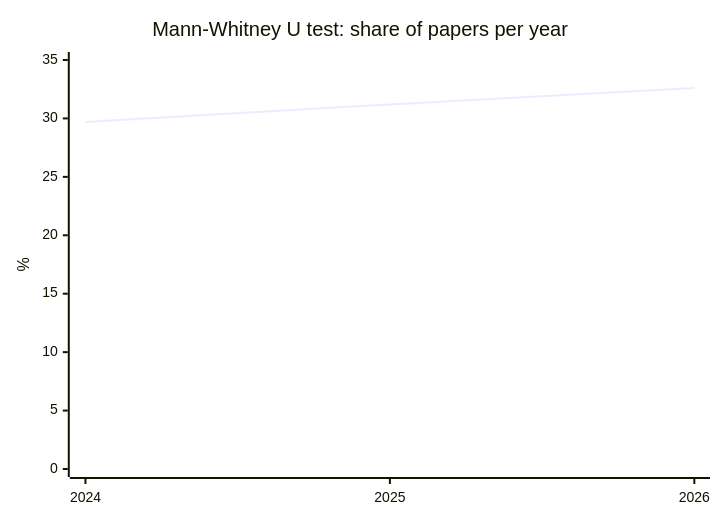
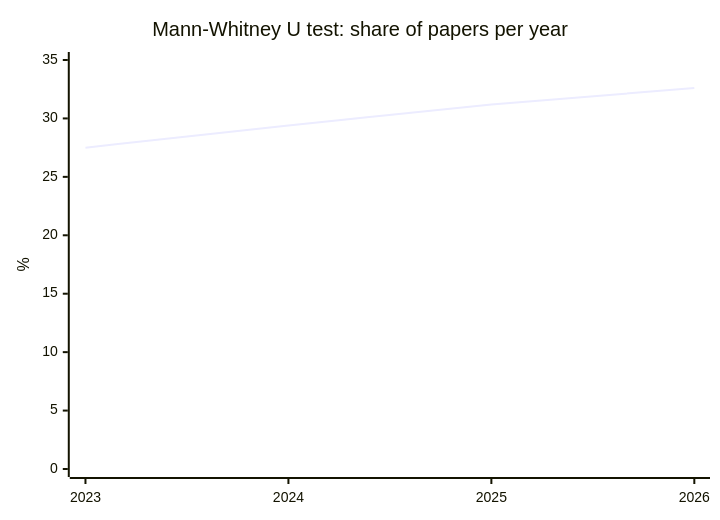
One commit to nfdi4health/datashield-function-ideas changed the fourth of 5 diagrams in literature-watch/reports/overview.md. Above: the diagram before and after it, drawn with Mermaid. The commit also changed other lines of this file and 1 other file, not shown here.

````diff
--- a/literature-watch/reports/overview.md
+++ b/literature-watch/reports/overview.md
@@ -76,7 +76,7 @@
 ```mermaid
 xychart-beta
   title "Mann-Whitney U test: share of papers per year"
-  x-axis [2024, 2025, 2026]
+  x-axis [2023, 2024, 2025, 2026]
   y-axis "%" 0 --> 35
-  line [29.7, 31.2, 32.6]
+  line [27.5, 29.4, 31.2, 32.6]
 ```
````
